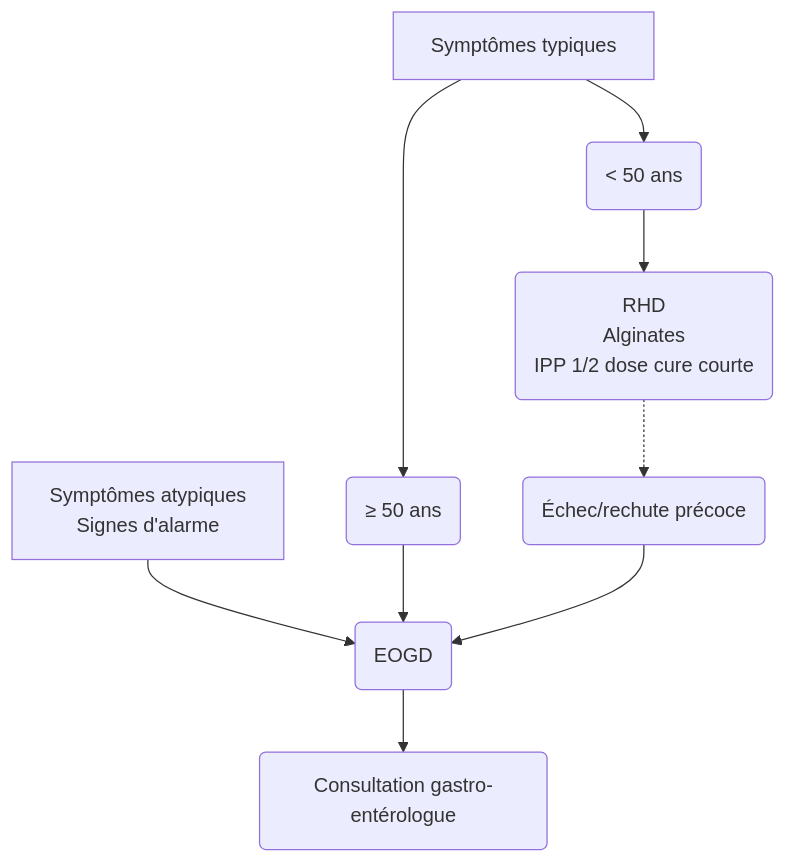
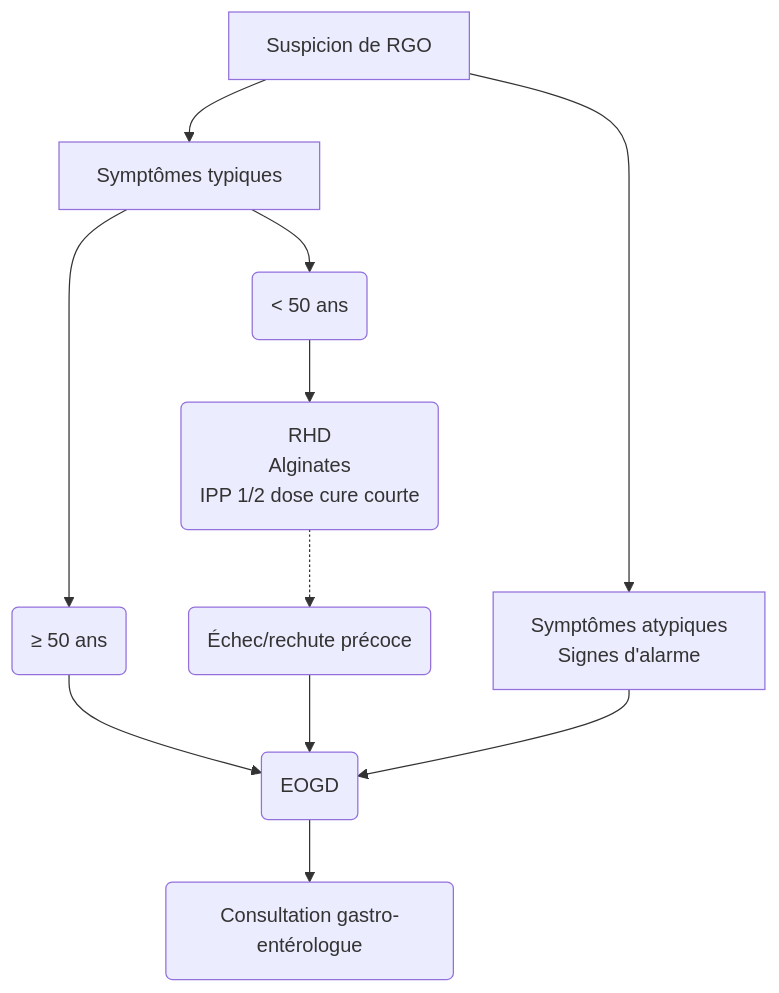
Before and after one commit to djibe/recommandations-medicales: the diagram in content/recommandations/rgo.md, drawn with Mermaid. The commit also changed other lines of this file and 9 other files, not shown here.

```diff
--- a/content/recommandations/rgo.md
+++ b/content/recommandations/rgo.md
@@ -142,11 +142,13 @@
 {{< mermaid >}}
 graph TB
-  atypique[Symptômes atypiques<br>Signes d'alarme] --> EOGD
+  RGO[Suspicion de RGO] --> atypique
+  RGO --> typique
   typique[Symptômes typiques] --> 50-(< 50 ans)
   typique --> 50+("#ge; 50 ans")
     50+ --> EOGD(EOGD)
     50- --> RHD(RHD<br>Alginates<br>IPP 1/2 dose cure courte)
     RHD -.-> typIncomplet(Échec/rechute précoce)
     typIncomplet --> EOGD
     EOGD --> csGastro(Consultation gastro-entérologue)
+  atypique[Symptômes atypiques<br>Signes d'alarme] --> EOGD
 {{< /mermaid >}}
```
